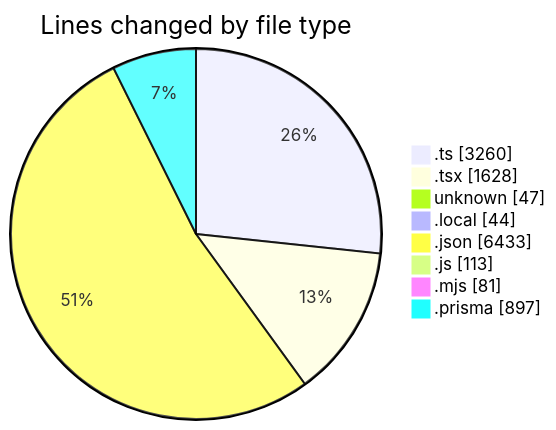
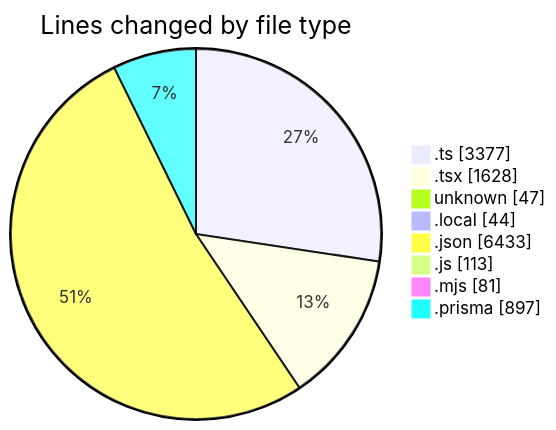
The first of 2 diagrams in 2025-05-16/ecodeli-1/README.md (CELIANVF/code-tracking), drawn with Mermaid before and after one commit. The commit also changed other lines of this file and 1 other file, not shown here.

````diff
--- a/2025-05-16/ecodeli-1/README.md
+++ b/2025-05-16/ecodeli-1/README.md
@@ -45,12 +45,12 @@
 ```mermaid
 pie showData
 title Lines changed by file type
-".ts" : 3260
+".ts" : 3377
 ".tsx" : 1628
 "unknown" : 47
 ".local" : 44
 ".json" : 6433
 ".js" : 113
 ".mjs" : 81
 ".prisma" : 897
 ```
````
